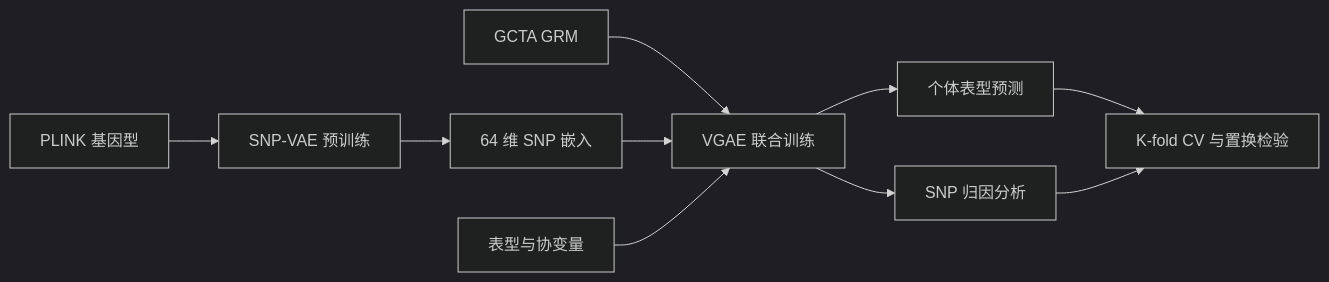
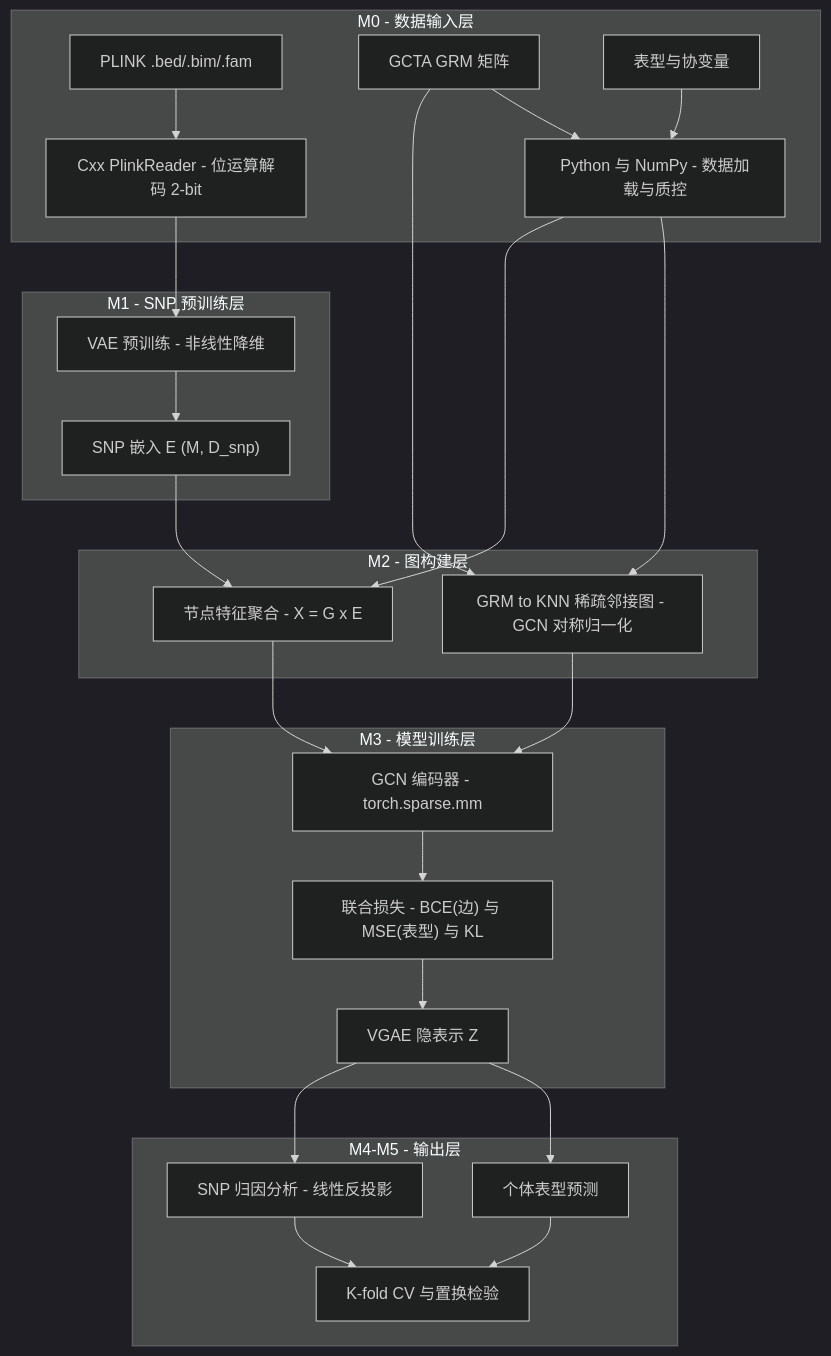
Before and after one commit to Georicl/SNP-VGAE: the diagram in README.md, drawn with Mermaid (dark theme).

Commit message:
docs: 恢复完整分层 Mermaid 流程图 (subgraph M0-M4)

````diff
--- a/README.md
+++ b/README.md
@@ -7,12 +7,50 @@
 ```mermaid
-graph LR
-    A["PLINK 基因型"] --> B["SNP-VAE 预训练"]
-    B --> C["64 维 SNP 嵌入"]
-    D["GCTA GRM"] --> E["VGAE 联合训练"]
-    C --> E
-    F["表型与协变量"] --> E
-    E --> G["个体表型预测"]
-    E --> H["SNP 归因分析"]
-    G --> I["K-fold CV 与置换检验"]
-    H --> I
+graph TB
+    subgraph M0["M0 - 数据输入层"]
+        PLINK["PLINK .bed/.bim/.fam"]
+        GRM["GCTA GRM 矩阵"]
+        PHENO["表型与协变量"]
+        CPP["Cxx PlinkReader - 位运算解码 2-bit"]
+        PY["Python 与 NumPy - 数据加载与质控"]
+        PLINK --> CPP
+        GRM --> PY
+        PHENO --> PY
+    end
+
+    subgraph M1["M1 - SNP 预训练层"]
+        VAE["VAE 预训练 - 非线性降维"]
+        EMB["SNP 嵌入 E (M, D_snp)"]
+        VAE --> EMB
+    end
+
+    subgraph M2["M2 - 图构建层"]
+        KNN["GRM to KNN 稀疏邻接图 - GCN 对称归一化"]
+        FEAT["节点特征聚合 - X = G x E"]
+    end
+
+    subgraph M3["M3 - 模型训练层"]
+        GCN["GCN 编码器 - torch.sparse.mm"]
+        LOSS["联合损失 - BCE(边) 与 MSE(表型) 与 KL"]
+        VGAE["VGAE 隐表示 Z"]
+        GCN --> LOSS
+        LOSS --> VGAE
+    end
+
+    subgraph M4["M4-M5 - 输出层"]
+        PRED["个体表型预测"]
+        ATTR["SNP 归因分析 - 线性反投影"]
+        CV["K-fold CV 与置换检验"]
+        VGAE --> PRED
+        VGAE --> ATTR
+        PRED --> CV
+        ATTR --> CV
+    end
+
+    CPP --> VAE
+    PY --> KNN
+    PY --> FEAT
+    EMB --> FEAT
+    GRM --> KNN
+    KNN --> GCN
+    FEAT --> GCN
 ```
````
